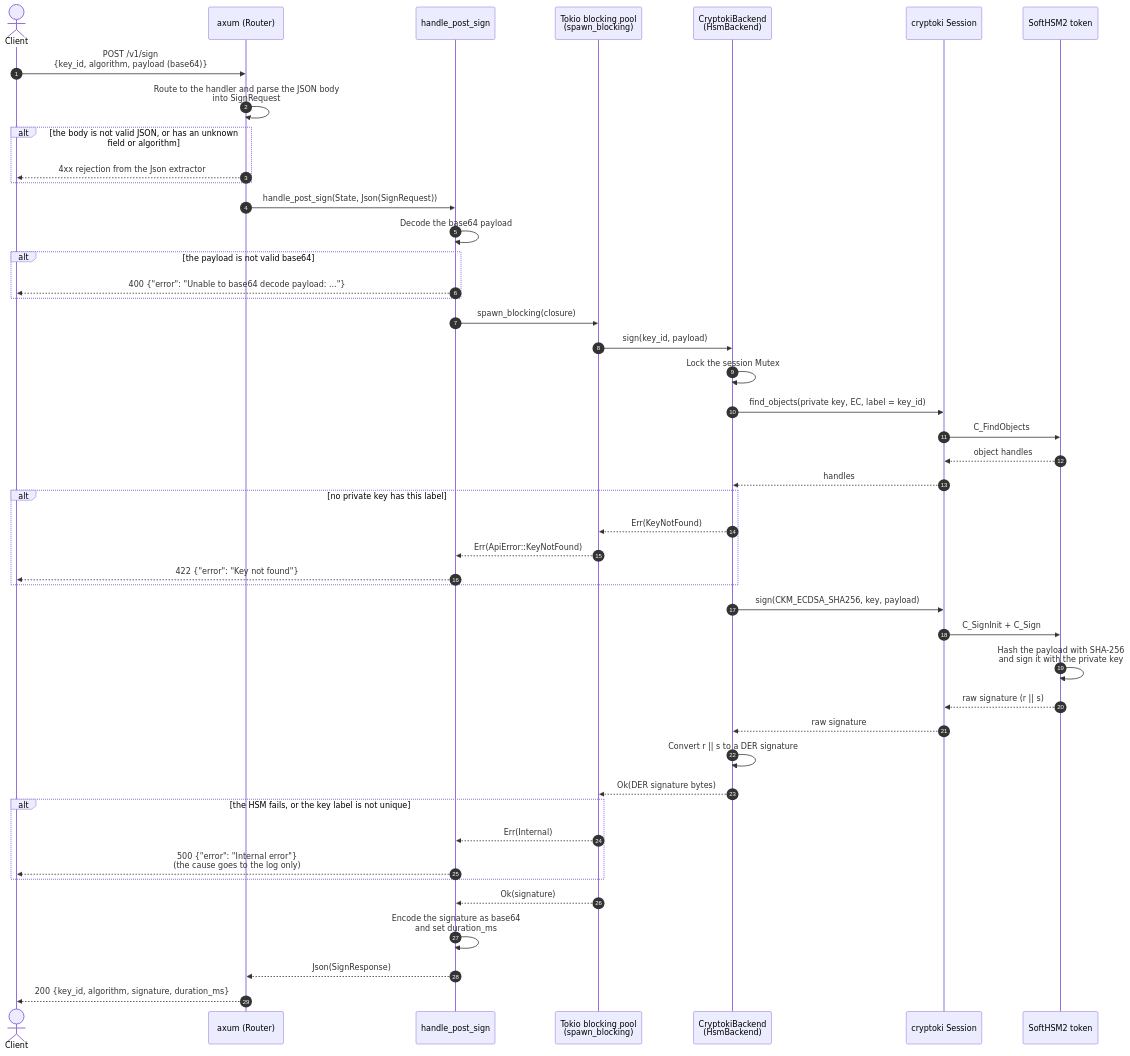
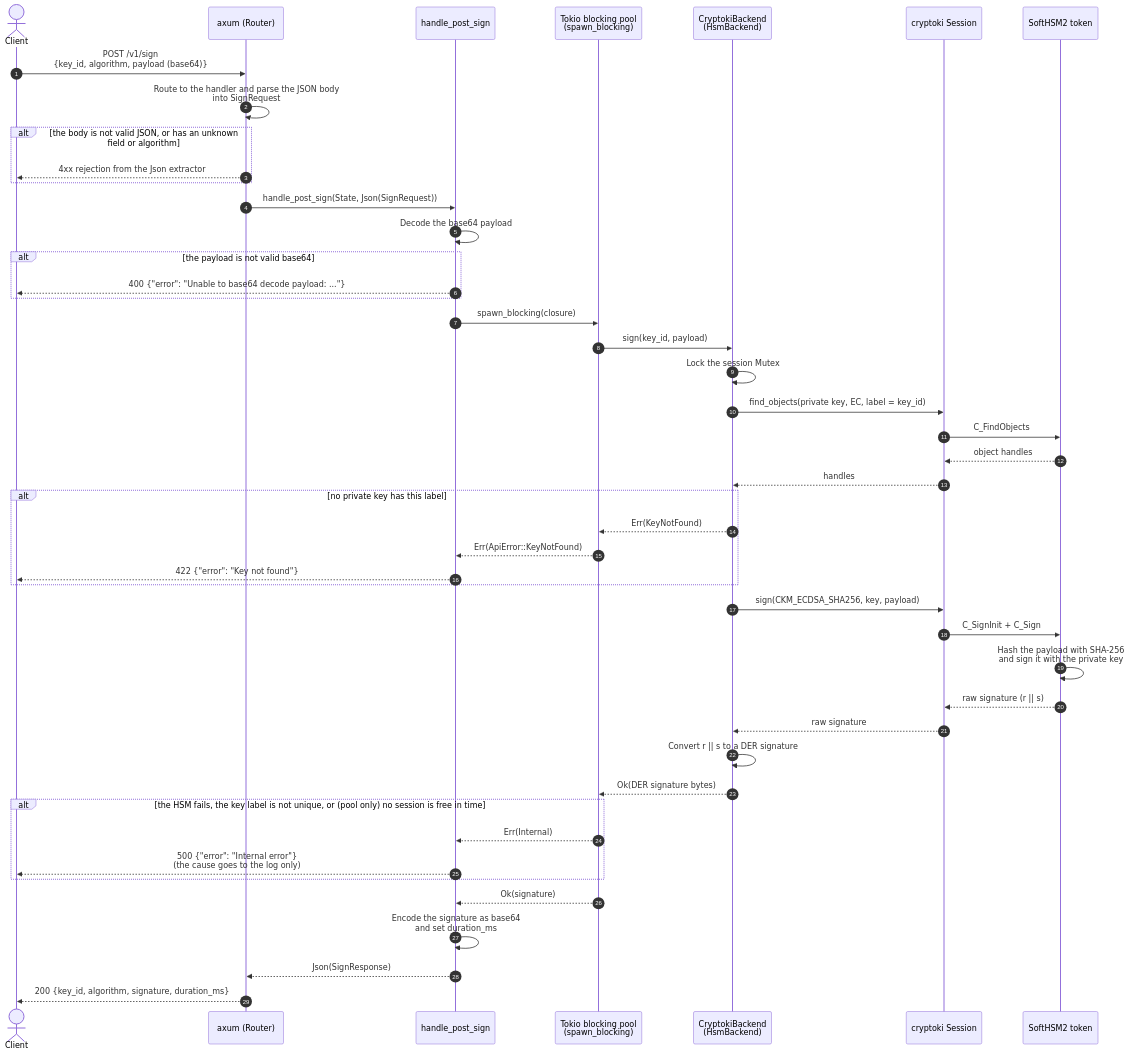
The second of 3 diagrams in docs/call_flow.md (aisrael/hsm-signing-service), drawn with Mermaid before and after one commit. The commit also changed other lines of this file and 7 other files, not shown here.

Commit message:
Added `CryptokiBackendWithSessionPool`

````diff
--- a/docs/call_flow.md
+++ b/docs/call_flow.md
@@ -47,49 +61,49 @@
 ```mermaid
 sequenceDiagram
     autonumber
     actor Client
     participant Axum as axum (Router)
     participant Handler as handle_post_sign
     participant Pool as Tokio blocking pool<br/>(spawn_blocking)
     participant Backend as CryptokiBackend<br/>(HsmBackend)
     participant Cryptoki as cryptoki Session
     participant HSM as SoftHSM2 token
 
     Client->>Axum: POST /v1/sign<br/>{key_id, algorithm, payload (base64)}
     Axum->>Axum: Route to the handler and parse the JSON body<br/>into SignRequest
     alt the body is not valid JSON, or has an unknown field or algorithm
         Axum-->>Client: 4xx rejection from the Json extractor
     end
     Axum->>Handler: handle_post_sign(State, Json(SignRequest))
     Handler->>Handler: Decode the base64 payload
     alt the payload is not valid base64
         Handler-->>Client: 400 {"error": "Unable to base64 decode payload: ..."}
     end
     Handler->>Pool: spawn_blocking(closure)
     Pool->>Backend: sign(key_id, payload)
     Backend->>Backend: Lock the session Mutex
     Backend->>Cryptoki: find_objects(private key, EC, label = key_id)
     Cryptoki->>HSM: C_FindObjects
     HSM-->>Cryptoki: object handles
     Cryptoki-->>Backend: handles
     alt no private key has this label
         Backend-->>Pool: Err(KeyNotFound)
         Pool-->>Handler: Err(ApiError::KeyNotFound)
         Handler-->>Client: 422 {"error": "Key not found"}
     end
     Backend->>Cryptoki: sign(CKM_ECDSA_SHA256, key, payload)
     Cryptoki->>HSM: C_SignInit + C_Sign
     HSM->>HSM: Hash the payload with SHA-256<br/>and sign it with the private key
     HSM-->>Cryptoki: raw signature (r || s)
     Cryptoki-->>Backend: raw signature
     Backend->>Backend: Convert r || s to a DER signature
     Backend-->>Pool: Ok(DER signature bytes)
-    alt the HSM fails, or the key label is not unique
+    alt the HSM fails, the key label is not unique, or (pool only) no session is free in time
         Pool-->>Handler: Err(Internal)
         Handler-->>Client: 500 {"error": "Internal error"}<br/>(the cause goes to the log only)
     end
     Pool-->>Handler: Ok(signature)
     Handler->>Handler: Encode the signature as base64<br/>and set duration_ms
     Handler-->>Axum: Json(SignResponse)
     Axum-->>Client: 200 {key_id, algorithm, signature, duration_ms}
 ```
````
